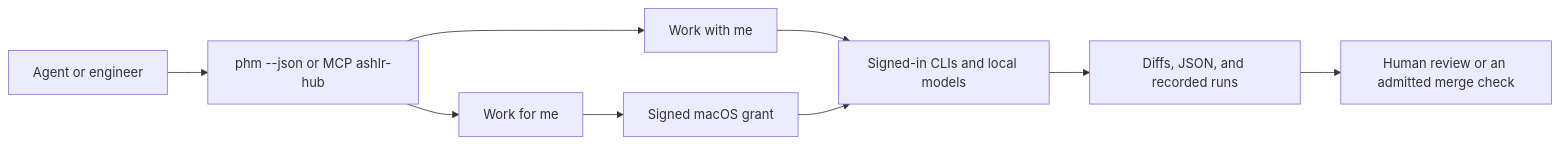
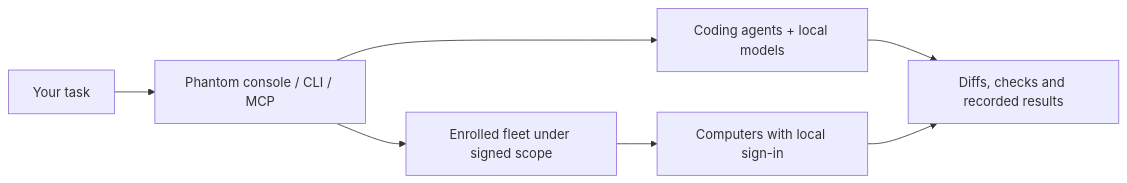
The diagram in README.md (ashlrai/phantom), drawn with Mermaid before and after one commit. The commit also changed other lines of this file and 621 other files, not shown here.

````diff
--- a/README.md
+++ b/README.md
@@ -151,11 +68,9 @@
 ```mermaid
 flowchart LR
-  Agent[Agent or engineer] --> CLI[phm --json or MCP ashlr-hub]
-  CLI --> Chat[Work with me]
-  CLI --> Fleet[Work for me]
-  Chat --> Accounts[Signed-in CLIs and local models]
-  Fleet --> Grant[Signed macOS grant]
-  Grant --> Accounts
-  Accounts --> Evidence[Diffs, JSON, and recorded runs]
-  Evidence --> Review[Human review or an admitted merge check]
+  Request[Your task] --> Workbench[Phantom console / CLI / MCP]
+  Workbench --> Agents[Coding agents + local models]
+  Workbench --> Fleet[Enrolled fleet under signed scope]
+  Fleet --> Nodes[Computers with local sign-in]
+  Agents --> Evidence[Diffs, checks and recorded results]
+  Nodes --> Evidence
 ```
````
